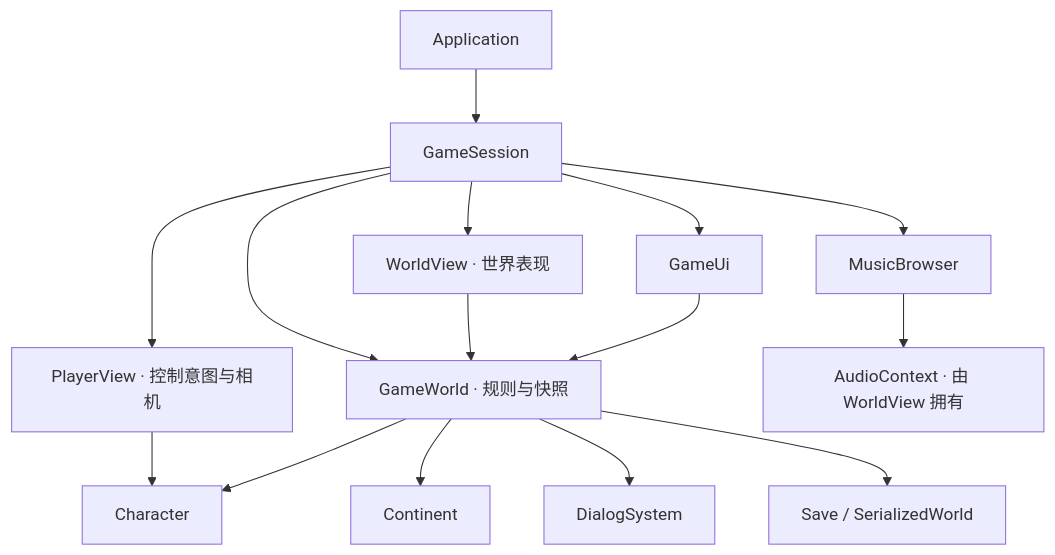
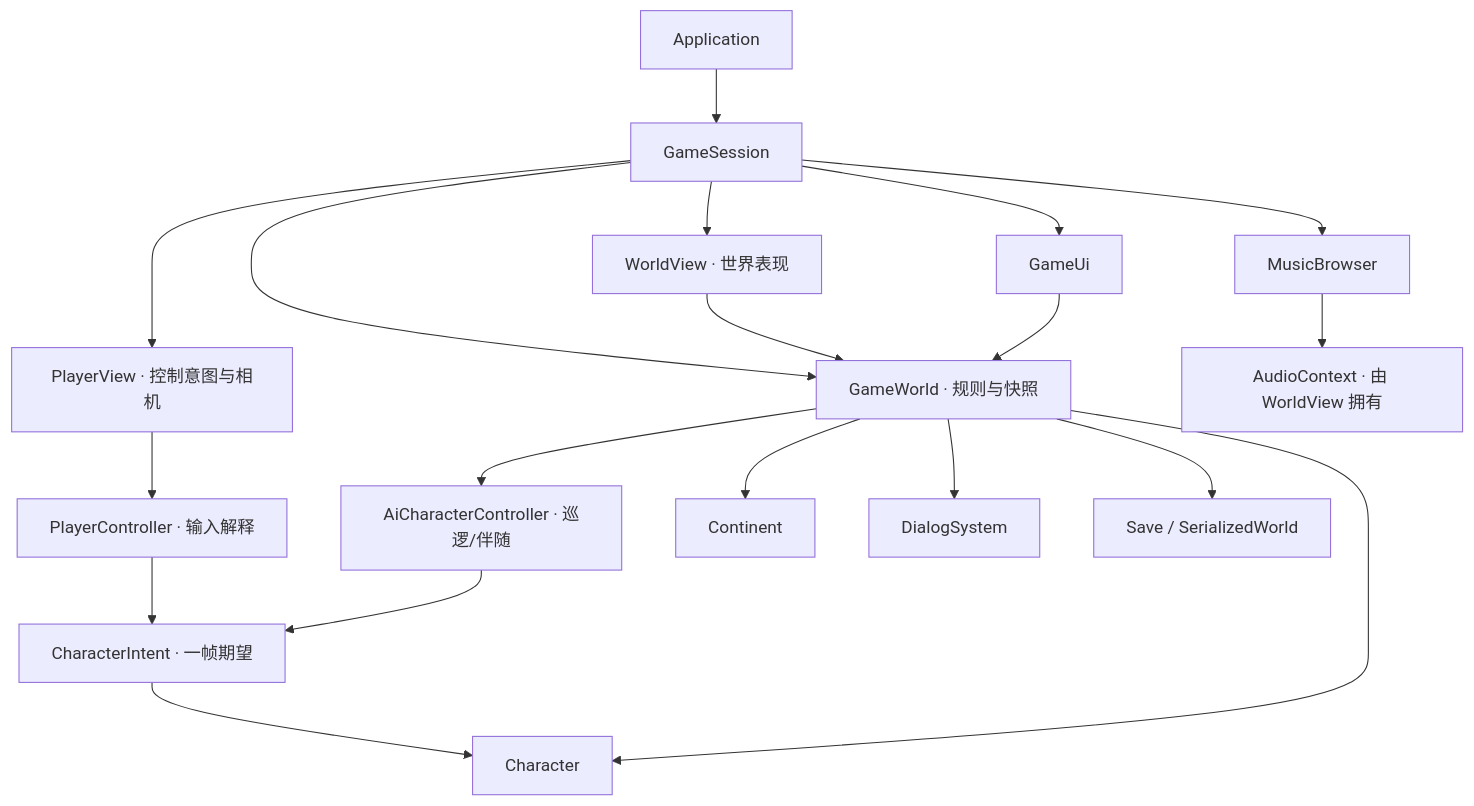
Before and after one commit to Plut084/lc1: the second of 3 diagrams in docs/module-dependencies.md, drawn with Mermaid. The commit also changed other lines of this file and 100 other files, not shown here.

````diff
--- a/docs/module-dependencies.md
+++ b/docs/module-dependencies.md
@@ -22,17 +22,21 @@
 ```mermaid
 flowchart TD
     app[Application] --> session[GameSession]
     session --> world["GameWorld · 规则与快照"]
     session --> view["WorldView · 世界表现"]
     session --> player["PlayerView · 控制意图与相机"]
     session --> ui[GameUi]
     session --> music[MusicBrowser]
     view --> world
     ui --> world
-    player --> character[Character]
+    player --> controller["PlayerController · 输入解释"]
+    controller --> intent["CharacterIntent · 一帧期望"]
+    ai["AiCharacterController · 巡逻/伴随"] --> intent
+    intent --> character[Character]
+    world --> ai
     world --> character
     world --> continent[Continent]
     world --> dialog[DialogSystem]
     world --> save["Save / SerializedWorld"]
     music --> audio["AudioContext · 由 WorldView 拥有"]
 ```
````
